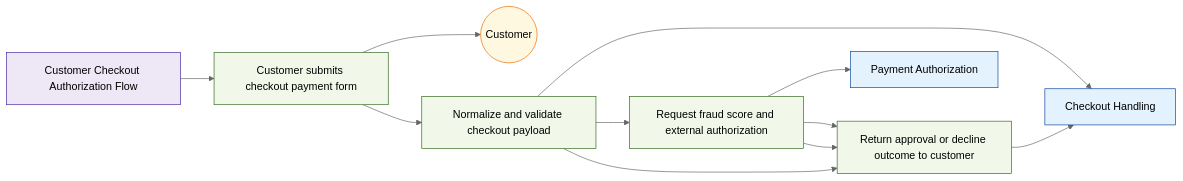
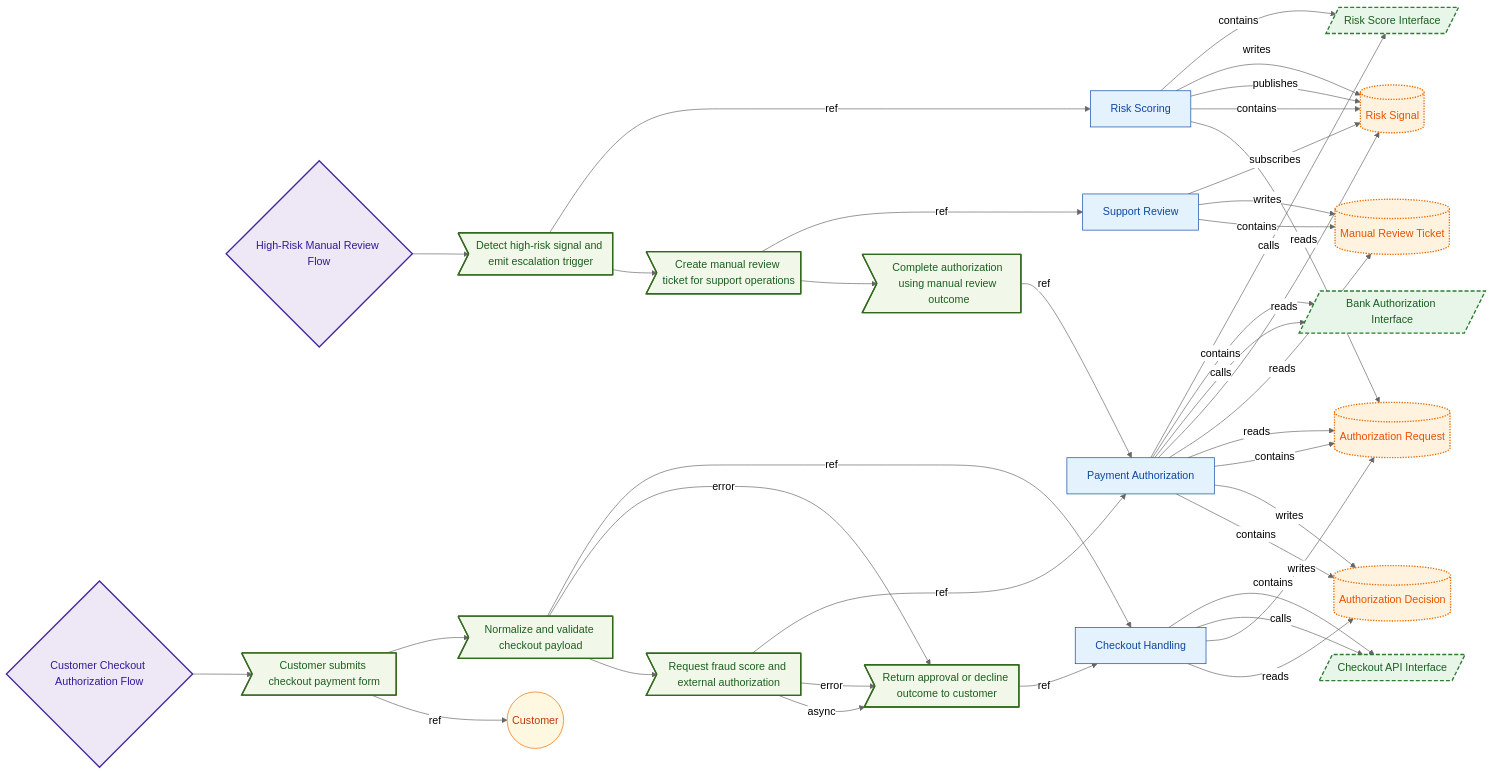
The diagram in examples/payments-engineering-sample/generated/VIEW-INTERACTION-FLOW.mmd (labeth/engineering-model-go), drawn with Mermaid (neutral theme) before and after one commit. The commit also changed 66 other files, not shown here.

```diff
--- a/examples/payments-engineering-sample/generated/VIEW-INTERACTION-FLOW.mmd
+++ b/examples/payments-engineering-sample/generated/VIEW-INTERACTION-FLOW.mmd
@@ -1,35 +1,81 @@
 flowchart LR
 %% view: VIEW-INTERACTION-FLOW (interaction-flow)
 N_ACT_CUSTOMER(("Customer")):::actor
-N_FLOW_CUSTOMER_CHECKOUT["Customer Checkout Authorization Flow"]:::flow
-N_FLOW_CUSTOMER_CHECKOUT__authorize_payment["Request fraud score and external authorization"]:::flow_step
-N_FLOW_CUSTOMER_CHECKOUT__normalize_request["Normalize and validate checkout payload"]:::flow_step
-N_FLOW_CUSTOMER_CHECKOUT__show_outcome["Return approval or decline outcome to customer"]:::flow_step
-N_FLOW_CUSTOMER_CHECKOUT__submit_payment["Customer submits checkout payment form"]:::flow_step
+N_DO_PAYMENTS_AUTH_DECISION[("Authorization Decision")]:::data_object
+N_DO_PAYMENTS_AUTH_REQUEST[("Authorization Request")]:::data_object
+N_DO_PAYMENTS_REVIEW_TICKET[("Manual Review Ticket")]:::data_object
+N_DO_PAYMENTS_RISK_SIGNAL[("Risk Signal")]:::data_object
+N_FLOW_CUSTOMER_CHECKOUT{"Customer Checkout Authorization Flow"}:::flow
+N_FLOW_PAYMENTS_MANUAL_REVIEW{"High-Risk Manual Review Flow"}:::flow
+N_FLOW_CUSTOMER_CHECKOUT__authorize_payment>"Request fraud score and external authorization"]:::flow_step
+N_FLOW_CUSTOMER_CHECKOUT__normalize_request>"Normalize and validate checkout payload"]:::flow_step
+N_FLOW_CUSTOMER_CHECKOUT__show_outcome>"Return approval or decline outcome to customer"]:::flow_step
+N_FLOW_CUSTOMER_CHECKOUT__submit_payment>"Customer submits checkout payment form"]:::flow_step
+N_FLOW_PAYMENTS_MANUAL_REVIEW__complete_review>"Complete authorization using manual review outcome"]:::flow_step
+N_FLOW_PAYMENTS_MANUAL_REVIEW__create_review_ticket>"Create manual review ticket for support operations"]:::flow_step
+N_FLOW_PAYMENTS_MANUAL_REVIEW__detect_high_risk>"Detect high-risk signal and emit escalation trigger"]:::flow_step
 N_FU_CHECKOUT["Checkout Handling"]:::functional_unit
 N_FU_PAYMENT_AUTHORIZATION["Payment Authorization"]:::functional_unit
+N_FU_RISK_SCORING["Risk Scoring"]:::functional_unit
+N_FU_SUPPORT_REVIEW["Support Review"]:::functional_unit
+N_IF_PAYMENTS_BANK_AUTH[/"Bank Authorization Interface"/]:::interface
+N_IF_PAYMENTS_CHECKOUT_API[/"Checkout API Interface"/]:::interface
+N_IF_PAYMENTS_RISK_SCORE_API[/"Risk Score Interface"/]:::interface
 N_FLOW_CUSTOMER_CHECKOUT --> N_FLOW_CUSTOMER_CHECKOUT__submit_payment
-N_FLOW_CUSTOMER_CHECKOUT__authorize_payment --> N_FLOW_CUSTOMER_CHECKOUT__show_outcome
-N_FLOW_CUSTOMER_CHECKOUT__authorize_payment --> N_FLOW_CUSTOMER_CHECKOUT__show_outcome
-N_FLOW_CUSTOMER_CHECKOUT__authorize_payment --> N_FU_PAYMENT_AUTHORIZATION
+N_FLOW_CUSTOMER_CHECKOUT__authorize_payment -->|async| N_FLOW_CUSTOMER_CHECKOUT__show_outcome
+N_FLOW_CUSTOMER_CHECKOUT__authorize_payment -->|error| N_FLOW_CUSTOMER_CHECKOUT__show_outcome
+N_FLOW_CUSTOMER_CHECKOUT__authorize_payment -->|ref| N_FU_PAYMENT_AUTHORIZATION
 N_FLOW_CUSTOMER_CHECKOUT__normalize_request --> N_FLOW_CUSTOMER_CHECKOUT__authorize_payment
-N_FLOW_CUSTOMER_CHECKOUT__normalize_request --> N_FLOW_CUSTOMER_CHECKOUT__show_outcome
-N_FLOW_CUSTOMER_CHECKOUT__normalize_request --> N_FU_CHECKOUT
-N_FLOW_CUSTOMER_CHECKOUT__show_outcome --> N_FU_CHECKOUT
-N_FLOW_CUSTOMER_CHECKOUT__submit_payment --> N_ACT_CUSTOMER
+N_FLOW_CUSTOMER_CHECKOUT__normalize_request -->|error| N_FLOW_CUSTOMER_CHECKOUT__show_outcome
+N_FLOW_CUSTOMER_CHECKOUT__normalize_request -->|ref| N_FU_CHECKOUT
+N_FLOW_CUSTOMER_CHECKOUT__show_outcome -->|ref| N_FU_CHECKOUT
+N_FLOW_CUSTOMER_CHECKOUT__submit_payment -->|ref| N_ACT_CUSTOMER
 N_FLOW_CUSTOMER_CHECKOUT__submit_payment --> N_FLOW_CUSTOMER_CHECKOUT__normalize_request
-classDef functional_group fill:#e8f5e9,stroke:#1b5e20,stroke-width:1px;
-classDef functional_unit fill:#e3f2fd,stroke:#0d47a1,stroke-width:1px;
-classDef actor fill:#fff8e1,stroke:#ef6c00,stroke-width:1px;
-classDef attack_vector fill:#ffebee,stroke:#b71c1c,stroke-width:1px;
-classDef referenced_element fill:#f3e5f5,stroke:#6a1b9a,stroke-width:1px;
-classDef interface fill:#e8f5e9,stroke:#2e7d32,stroke-width:1px;
-classDef data_object fill:#fff3e0,stroke:#ef6c00,stroke-width:1px;
-classDef deployment_target fill:#ede7f6,stroke:#5e35b1,stroke-width:1px;
-classDef control fill:#fce4ec,stroke:#ad1457,stroke-width:1px;
-classDef trust_boundary fill:#e0f7fa,stroke:#006064,stroke-width:1px;
-classDef state fill:#e1f5fe,stroke:#0277bd,stroke-width:1px;
-classDef event fill:#fffde7,stroke:#f9a825,stroke-width:1px;
-classDef flow fill:#ede7f6,stroke:#4527a0,stroke-width:1px;
-classDef flow_step fill:#f1f8e9,stroke:#33691e,stroke-width:1px;
-classDef unknown fill:#ffffff,stroke:#adb5bd,stroke-width:1px;
+N_FLOW_PAYMENTS_MANUAL_REVIEW --> N_FLOW_PAYMENTS_MANUAL_REVIEW__detect_high_risk
+N_FLOW_PAYMENTS_MANUAL_REVIEW__complete_review -->|ref| N_FU_PAYMENT_AUTHORIZATION
+N_FLOW_PAYMENTS_MANUAL_REVIEW__create_review_ticket --> N_FLOW_PAYMENTS_MANUAL_REVIEW__complete_review
+N_FLOW_PAYMENTS_MANUAL_REVIEW__create_review_ticket -->|ref| N_FU_SUPPORT_REVIEW
+N_FLOW_PAYMENTS_MANUAL_REVIEW__detect_high_risk --> N_FLOW_PAYMENTS_MANUAL_REVIEW__create_review_ticket
+N_FLOW_PAYMENTS_MANUAL_REVIEW__detect_high_risk -->|ref| N_FU_RISK_SCORING
+N_FU_CHECKOUT -->|reads| N_DO_PAYMENTS_AUTH_DECISION
+N_FU_CHECKOUT -->|writes| N_DO_PAYMENTS_AUTH_REQUEST
+N_FU_CHECKOUT -->|calls| N_IF_PAYMENTS_CHECKOUT_API
+N_FU_CHECKOUT -->|contains| N_IF_PAYMENTS_CHECKOUT_API
+N_FU_PAYMENT_AUTHORIZATION -->|contains| N_DO_PAYMENTS_AUTH_DECISION
+N_FU_PAYMENT_AUTHORIZATION -->|writes| N_DO_PAYMENTS_AUTH_DECISION
+N_FU_PAYMENT_AUTHORIZATION -->|contains| N_DO_PAYMENTS_AUTH_REQUEST
+N_FU_PAYMENT_AUTHORIZATION -->|reads| N_DO_PAYMENTS_AUTH_REQUEST
+N_FU_PAYMENT_AUTHORIZATION -->|reads| N_DO_PAYMENTS_REVIEW_TICKET
+N_FU_PAYMENT_AUTHORIZATION -->|reads| N_DO_PAYMENTS_RISK_SIGNAL
+N_FU_PAYMENT_AUTHORIZATION -->|calls| N_IF_PAYMENTS_BANK_AUTH
+N_FU_PAYMENT_AUTHORIZATION -->|contains| N_IF_PAYMENTS_BANK_AUTH
+N_FU_PAYMENT_AUTHORIZATION -->|calls| N_IF_PAYMENTS_RISK_SCORE_API
+N_FU_RISK_SCORING -->|reads| N_DO_PAYMENTS_AUTH_REQUEST
+N_FU_RISK_SCORING -->|contains| N_DO_PAYMENTS_RISK_SIGNAL
+N_FU_RISK_SCORING -->|publishes| N_DO_PAYMENTS_RISK_SIGNAL
+N_FU_RISK_SCORING -->|writes| N_DO_PAYMENTS_RISK_SIGNAL
+N_FU_RISK_SCORING -->|contains| N_IF_PAYMENTS_RISK_SCORE_API
+N_FU_SUPPORT_REVIEW -->|contains| N_DO_PAYMENTS_REVIEW_TICKET
+N_FU_SUPPORT_REVIEW -->|writes| N_DO_PAYMENTS_REVIEW_TICKET
+N_FU_SUPPORT_REVIEW -->|subscribes| N_DO_PAYMENTS_RISK_SIGNAL
+classDef system_boundary fill:#f5f5f5,stroke:#424242,stroke-width:2px,color:#212121;
+classDef functional_group fill:#e8f5e9,stroke:#1b5e20,stroke-width:1px,color:#1b5e20;
+classDef functional_unit fill:#e3f2fd,stroke:#0d47a1,stroke-width:1px,color:#0d47a1;
+classDef actor fill:#fff8e1,stroke:#ef6c00,stroke-width:1px,color:#bf360c;
+classDef attack_vector fill:#ffebee,stroke:#b71c1c,stroke-width:1px,color:#7f0000;
+classDef referenced_element fill:#f3e5f5,stroke:#6a1b9a,stroke-width:1px,color:#4a148c;
+classDef interface fill:#e8f5e9,stroke:#2e7d32,stroke-width:2px,stroke-dasharray: 6 3,color:#1b5e20;
+classDef data_object fill:#fff3e0,stroke:#ef6c00,stroke-width:2px,stroke-dasharray: 2 2,color:#e65100;
+classDef deployment_target fill:#ede7f6,stroke:#5e35b1,stroke-width:1px,color:#4527a0;
+classDef control fill:#fce4ec,stroke:#ad1457,stroke-width:1px,color:#880e4f;
+classDef trust_boundary fill:#e0f7fa,stroke:#006064,stroke-width:2px,stroke-dasharray: 10 4,color:#004d40;
+classDef state fill:#e1f5fe,stroke:#0277bd,stroke-width:1px,color:#01579b;
+classDef event fill:#fffde7,stroke:#f9a825,stroke-width:1px,color:#f57f17;
+classDef flow fill:#ede7f6,stroke:#4527a0,stroke-width:2px,color:#311b92;
+classDef flow_step fill:#f1f8e9,stroke:#33691e,stroke-width:2px,color:#1b5e20;
+classDef requirement fill:#fffde7,stroke:#f9a825,stroke-width:1px,color:#7f6000;
+classDef verification fill:#fce4ec,stroke:#ad1457,stroke-width:1px,color:#880e4f;
+classDef runtime_element fill:#b2ebf2,stroke:#00838f,stroke-width:1px,color:#006064;
+classDef deployment_element fill:#d7ccc8,stroke:#4e342e,stroke-width:1px,color:#2f1b14;
+classDef code_element fill:#eceff1,stroke:#37474f,stroke-width:1px,color:#263238;
+classDef unknown fill:#ffffff,stroke:#adb5bd,stroke-width:1px,color:#4f5b62;
```
